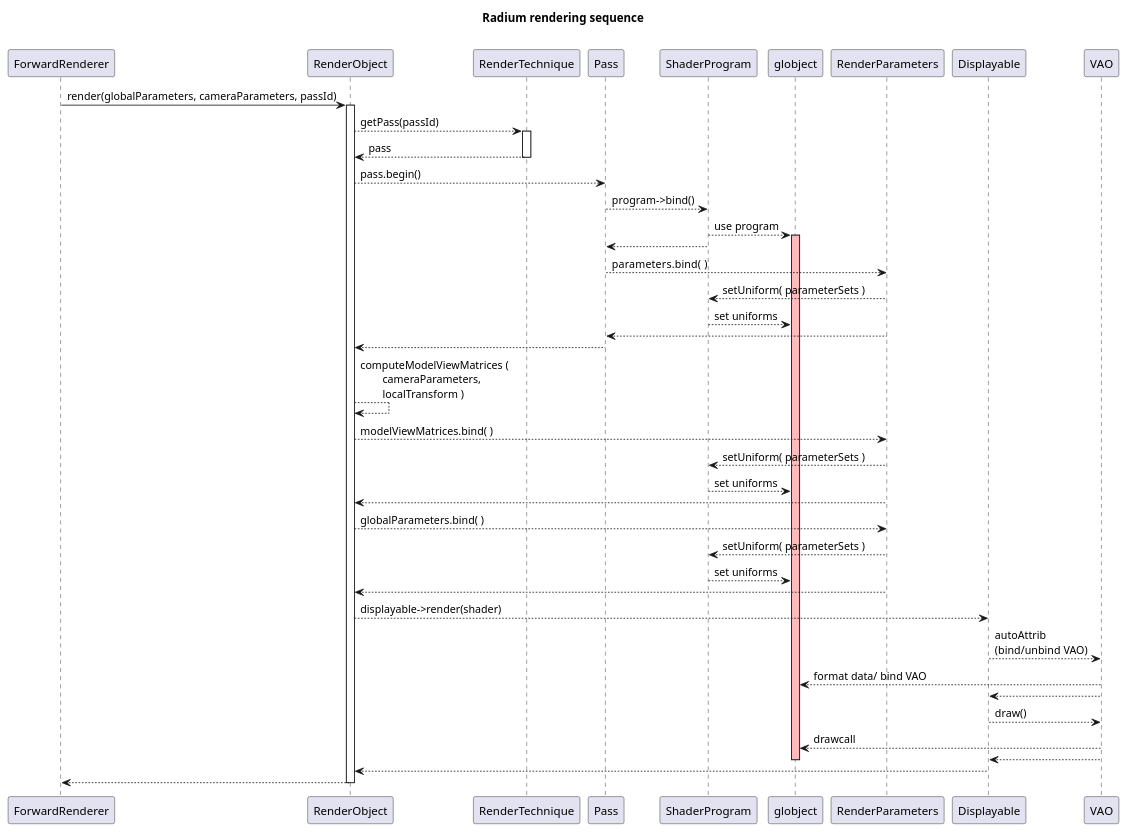
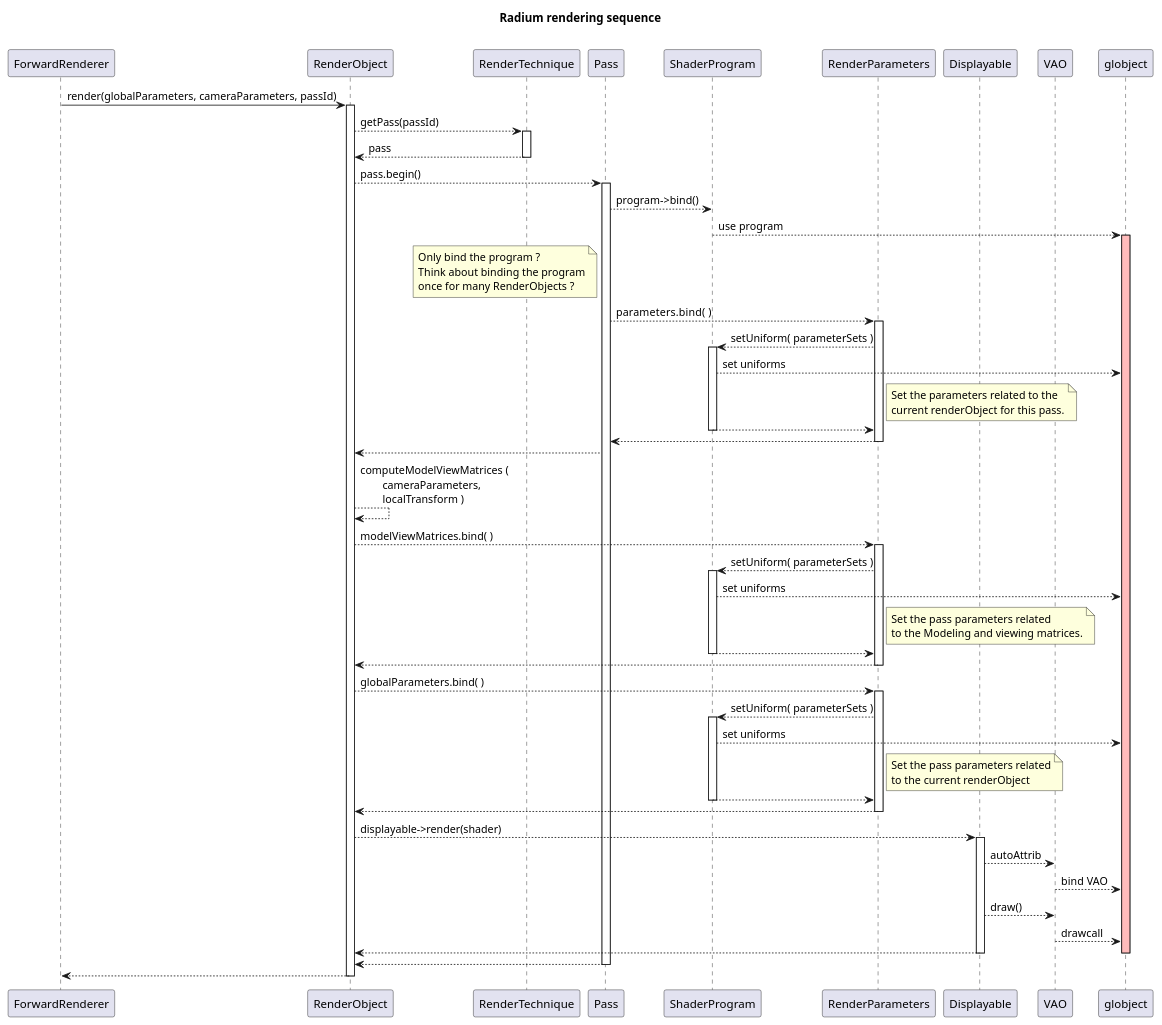
The diagram in doc/concepts/plantUML/RenderingSequence.puml (MathiasPaulin/Radium-Engine), drawn with PlantUML before and after one commit. The commit also changed 4 other files, not shown here.

Commit message:
Uml updated

```diff
--- a/doc/concepts/plantUML/RenderingSequence.puml
+++ b/doc/concepts/plantUML/RenderingSequence.puml
@@ -1,37 +1,69 @@
 @startuml
 
 title Radium rendering sequence\n
 
+participant ForwardRenderer  order 1
+participant RenderObject  order 2
+participant RenderTechnique  order 3
+participant Pass  order 4
+participant ShaderProgram  order 5
+participant RenderParameters  order 6
+participant Displayable  order 7
+participant VAO  order 8
+participant globject  order 9
+
 ForwardRenderer -> RenderObject ++ : render(globalParameters, cameraParameters, passId)
     RenderObject --> RenderTechnique ++ : getPass(passId)
     return pass
-    RenderObject --> Pass : pass.begin()
+    RenderObject --> Pass ++ : pass.begin()
         Pass --> ShaderProgram  : program->bind()
-            ShaderProgram --> globject  : use program
-            activate globject #FFBBBB
-            ShaderProgram --> Pass
-            Pass --> RenderParameters  : parameters.bind(  )
-                RenderParameters --> ShaderProgram : setUniform( parameterSets )
-                    ShaderProgram --> globject : set uniforms
-                RenderParameters --> Pass
-            Pass --> RenderObject
-            RenderObject --> RenderObject : computeModelViewMatrices (\n\tcameraParameters, \n\tlocalTransform )
-            RenderObject --> RenderParameters : modelViewMatrices.bind( )
-                RenderParameters --> ShaderProgram : setUniform( parameterSets )
-                    ShaderProgram --> globject : set uniforms
-                RenderParameters --> RenderObject
-            RenderObject --> RenderParameters : globalParameters.bind( )
-                RenderParameters --> ShaderProgram : setUniform( parameterSets )
-                    ShaderProgram --> globject : set uniforms
-                RenderParameters --> RenderObject
-            RenderObject --> Displayable  : displayable->render(shader)
-                Displayable --> VAO : autoAttrib \n(bind/unbind VAO)
-                VAO --> globject : format data/ bind VAO
-                VAO --> Displayable
-                Displayable --> VAO  : draw()
-                VAO --> globject : drawcall
-                VAO --> Displayable
-                deactivate globject
-            Displayable --> RenderObject
+        ShaderProgram --> globject  : use program
+    activate globject #FFBBBB
+        note left Pass
+        Only bind the program ?
+        Think about binding the program
+        once for many RenderObjects ?
+        end note
+        Pass --> RenderParameters  ++ : parameters.bind(  )
+            RenderParameters --> ShaderProgram ++ : setUniform( parameterSets )
+            ShaderProgram --> globject : set uniforms
+            note right RenderParameters
+            Set the parameters related to the
+            current renderObject for this pass.
+            end note
             return
+        return
+    Pass --> RenderObject
+
+    RenderObject --> RenderObject : computeModelViewMatrices (\n\tcameraParameters, \n\tlocalTransform )
+    RenderObject --> RenderParameters ++ : modelViewMatrices.bind( )
+        RenderParameters --> ShaderProgram ++ : setUniform( parameterSets )
+        ShaderProgram --> globject : set uniforms
+        note right RenderParameters
+        Set the pass parameters related
+        to the Modeling and viewing matrices.
+        end note
+        return
+     return
+
+    RenderObject --> RenderParameters ++ : globalParameters.bind( )
+        RenderParameters --> ShaderProgram ++ : setUniform( parameterSets )
+            ShaderProgram --> globject : set uniforms
+            note right RenderParameters
+            Set the pass parameters related
+            to the current renderObject
+            end note
+        return
+    return
+
+    RenderObject --> Displayable  ++ : displayable->render(shader)
+        Displayable --> VAO : autoAttrib
+            VAO --> globject :  bind VAO
+        Displayable --> VAO  : draw()
+            VAO --> globject : drawcall
+    return
+    deactivate globject
+return
+return
+
 @enduml
```
